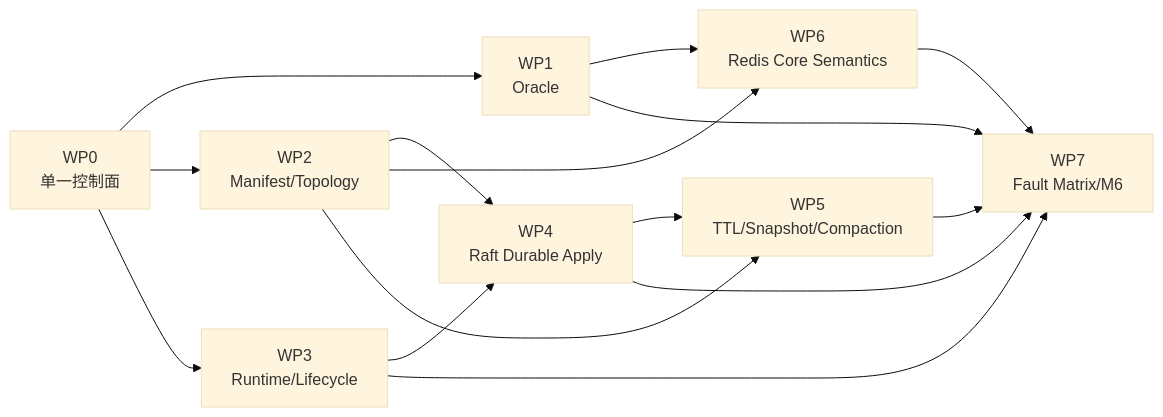
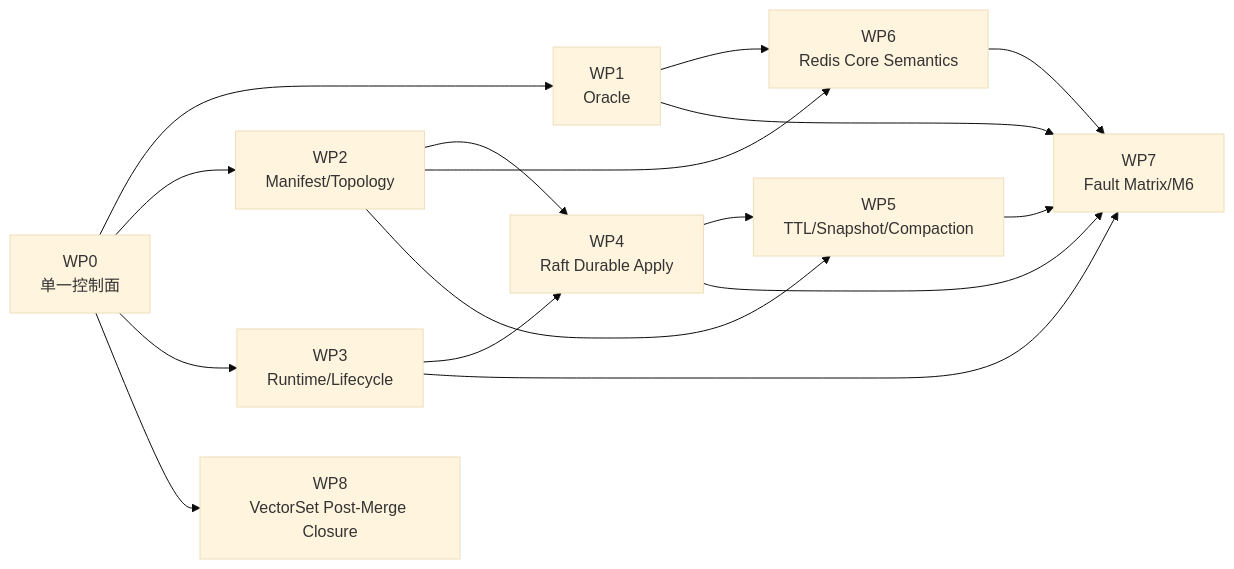
One commit to arana-db/kiwi changed the fourth of 4 diagrams in .planning/SDD.md. Above: the diagram before and after it, drawn with Mermaid (base theme). The commit also changed other lines of this file and 105 other files, not shown here.

First line of the commit message:
fix: close VectorSet post-merge safety gaps (#422)

```diff
--- a/.planning/SDD.md
+++ b/.planning/SDD.md
@@ -826,26 +830,28 @@
 ~~~mermaid
 flowchart LR
     WP0["WP0<br/>单一控制面"]
     WP1["WP1<br/>Oracle"]
     WP2["WP2<br/>Manifest/Topology"]
     WP3["WP3<br/>Runtime/Lifecycle"]
     WP4["WP4<br/>Raft Durable Apply"]
     WP5["WP5<br/>TTL/Snapshot/Compaction"]
     WP6["WP6<br/>Redis Core Semantics"]
     WP7["WP7<br/>Fault Matrix/M6"]
+    WP8["WP8<br/>VectorSet Post-Merge Closure"]
 
     WP0 --> WP1
     WP0 --> WP2
     WP0 --> WP3
     WP2 --> WP4
     WP3 --> WP4
     WP1 --> WP6
     WP2 --> WP6
     WP2 --> WP5
     WP4 --> WP5
     WP1 --> WP7
     WP3 --> WP7
     WP4 --> WP7
     WP5 --> WP7
     WP6 --> WP7
+    WP0 --> WP8
 ~~~
```
